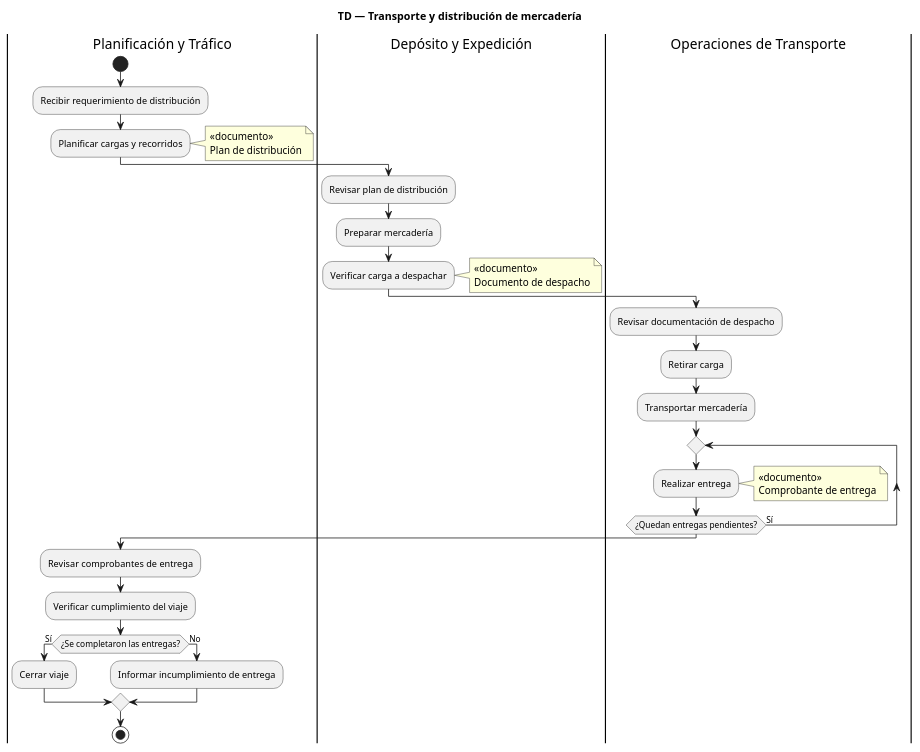
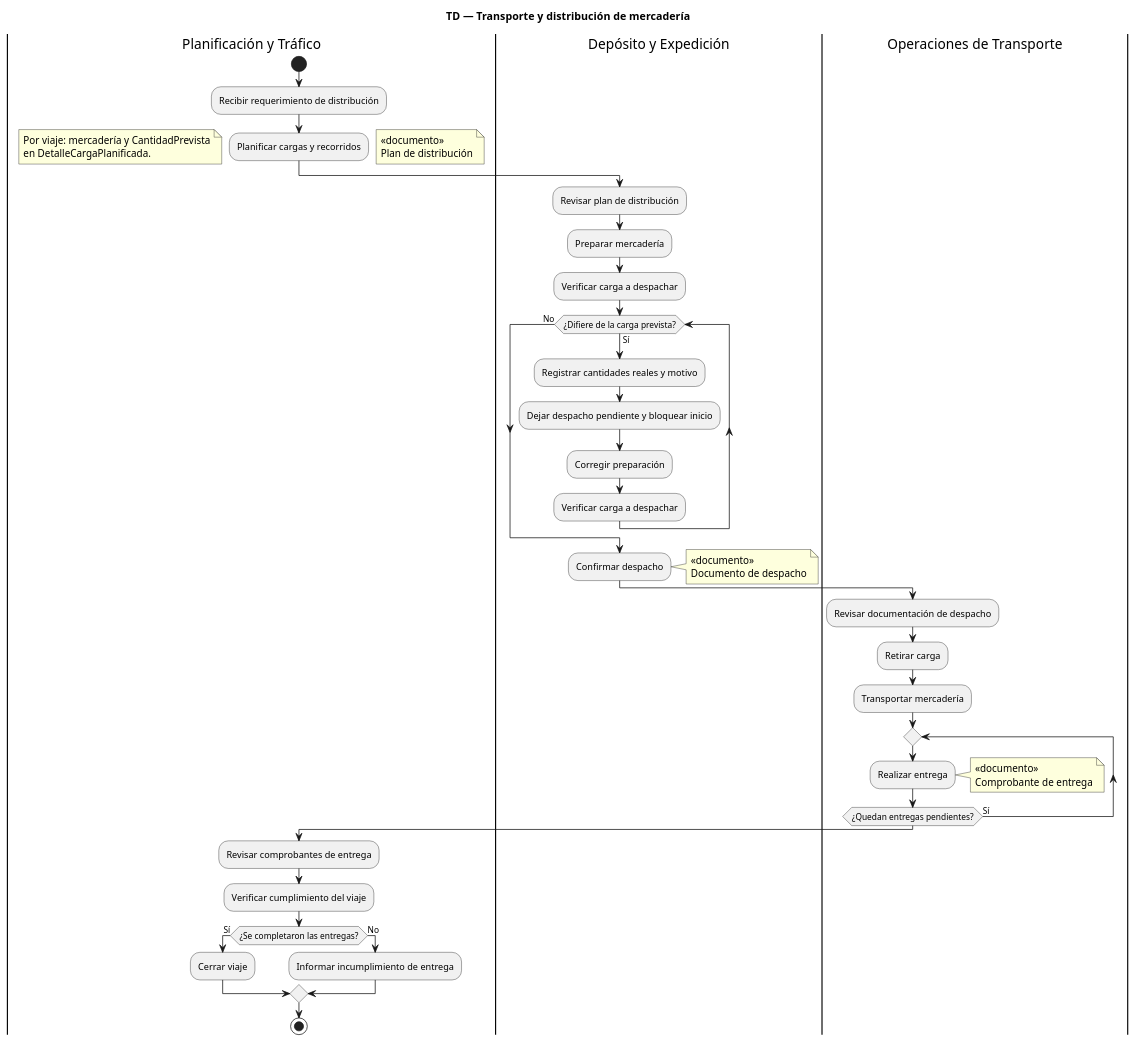
Before and after one commit to Zalitoar/SistemaLogistica: the diagram in docs/uml/Actividad_TD.puml, drawn with PlantUML. The commit also changed 53 other files, not shown here.

```diff
--- a/docs/uml/Actividad_TD.puml
+++ b/docs/uml/Actividad_TD.puml
@@ -1,30 +1,38 @@
 @startuml
 title TD — Transporte y distribución de mercadería
 |Planificación y Tráfico|
 start
 :Recibir requerimiento de distribución;
 :Planificar cargas y recorridos;
+note left: Por viaje: mercadería y CantidadPrevista\nen DetalleCargaPlanificada.
 note right: «documento»\nPlan de distribución
 |Depósito y Expedición|
 :Revisar plan de distribución;
 :Preparar mercadería;
 :Verificar carga a despachar;
+while (¿Difiere de la carga prevista?) is (Sí)
+  :Registrar cantidades reales y motivo;
+  :Dejar despacho pendiente y bloquear inicio;
+  :Corregir preparación;
+  :Verificar carga a despachar;
+endwhile (No)
+:Confirmar despacho;
 note right: «documento»\nDocumento de despacho
 |Operaciones de Transporte|
 :Revisar documentación de despacho;
 :Retirar carga;
 :Transportar mercadería;
 repeat
   :Realizar entrega;
   note right: «documento»\nComprobante de entrega
 repeat while (¿Quedan entregas pendientes?) is (Sí)
 |Planificación y Tráfico|
 :Revisar comprobantes de entrega;
 :Verificar cumplimiento del viaje;
 if (¿Se completaron las entregas?) then (Sí)
   :Cerrar viaje;
 else (No)
   :Informar incumplimiento de entrega;
 endif
 stop
 @enduml
```
